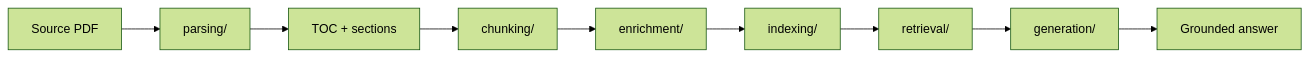
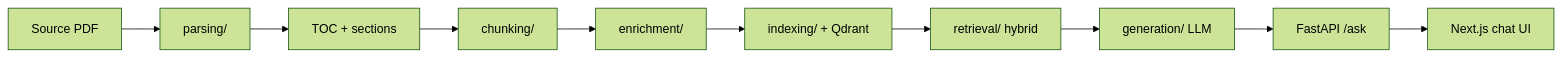
The diagram in README.md (upadhyayatul/Structured-RAG), drawn with Mermaid (forest theme) before and after one commit. The commit also changed other lines of this file, not shown here.

````diff
--- a/README.md
+++ b/README.md
@@ -11,11 +11,12 @@
 ```mermaid
 flowchart LR
   PDF[Source PDF] --> Parse[parsing/]
   Parse --> TOC[TOC + sections]
   TOC --> Chunk[chunking/]
   Chunk --> Enrich[enrichment/]
-  Enrich --> Index[indexing/]
-  Index --> Retrieve[retrieval/]
-  Retrieve --> Gen[generation/]
-  Gen --> Answer[Grounded answer]
+  Enrich --> Index[indexing/ + Qdrant]
+  Index --> Retrieve[retrieval/ hybrid]
+  Retrieve --> Gen[generation/ LLM]
+  Gen --> API[FastAPI /ask]
+  API --> UI[Next.js chat UI]
 ```
````
